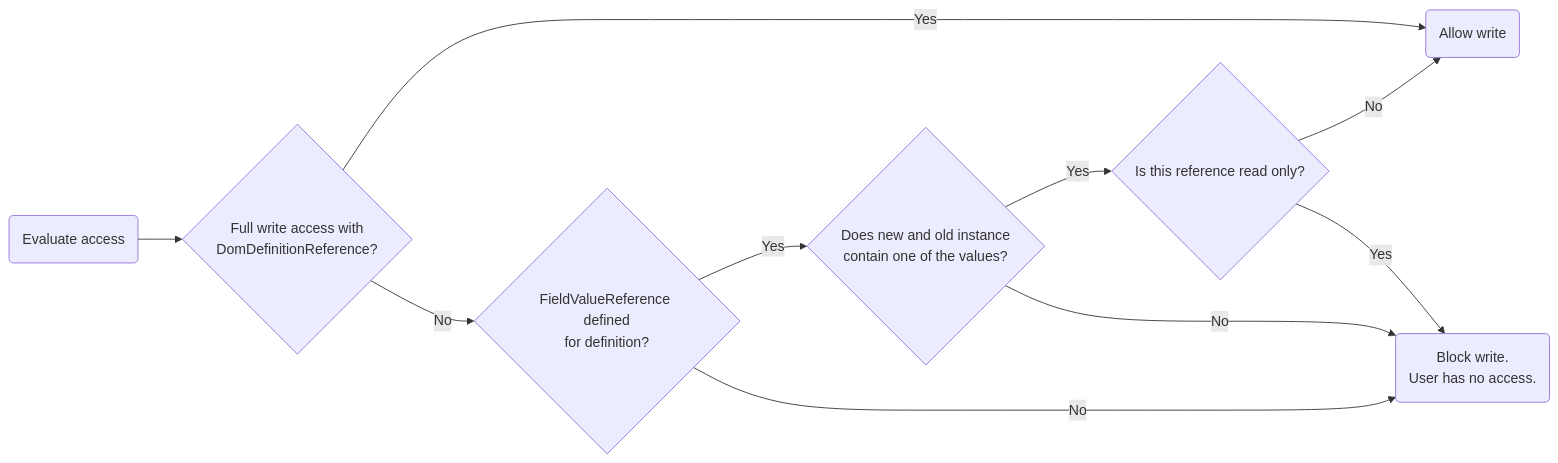
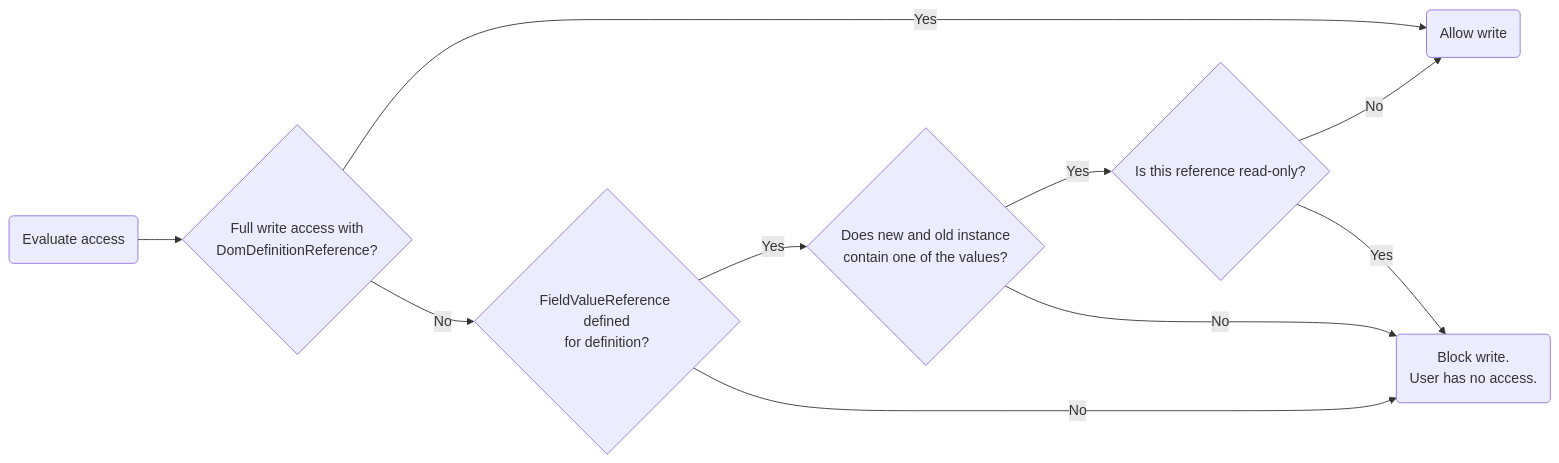
Before and after one commit to SkylineCommunications/dataminer-docs: the third of 3 diagrams in dataminer/Functions/DOM/DOM_ModuleSettings/DOM_SecuritySettings.md, drawn with Mermaid. The commit also changed other lines of this file, not shown here.

````diff
--- a/dataminer/Functions/DOM/DOM_ModuleSettings/DOM_SecuritySettings.md
+++ b/dataminer/Functions/DOM/DOM_ModuleSettings/DOM_SecuritySettings.md
@@ -150,13 +148,13 @@
 ```mermaid
 flowchart LR
     B(Evaluate access)
     B --> D{Full write access with<br>DomDefinitionReference?}
     D -->| Yes | E(Allow write)
     D -->| No  | H{FieldValueReference defined<br>for definition?}
     H -->| Yes | I{Does new and old instance<br>contain one of the values?}
     H -->| No  | J(Block write.<br>User has no access.)
-    I -->| Yes | K{Is this reference read only?}
+    I -->| Yes | K{Is this reference read-only?}
     I -->| No  | J
     K -->| No | E
     K -->| Yes  | J
 ```
````
